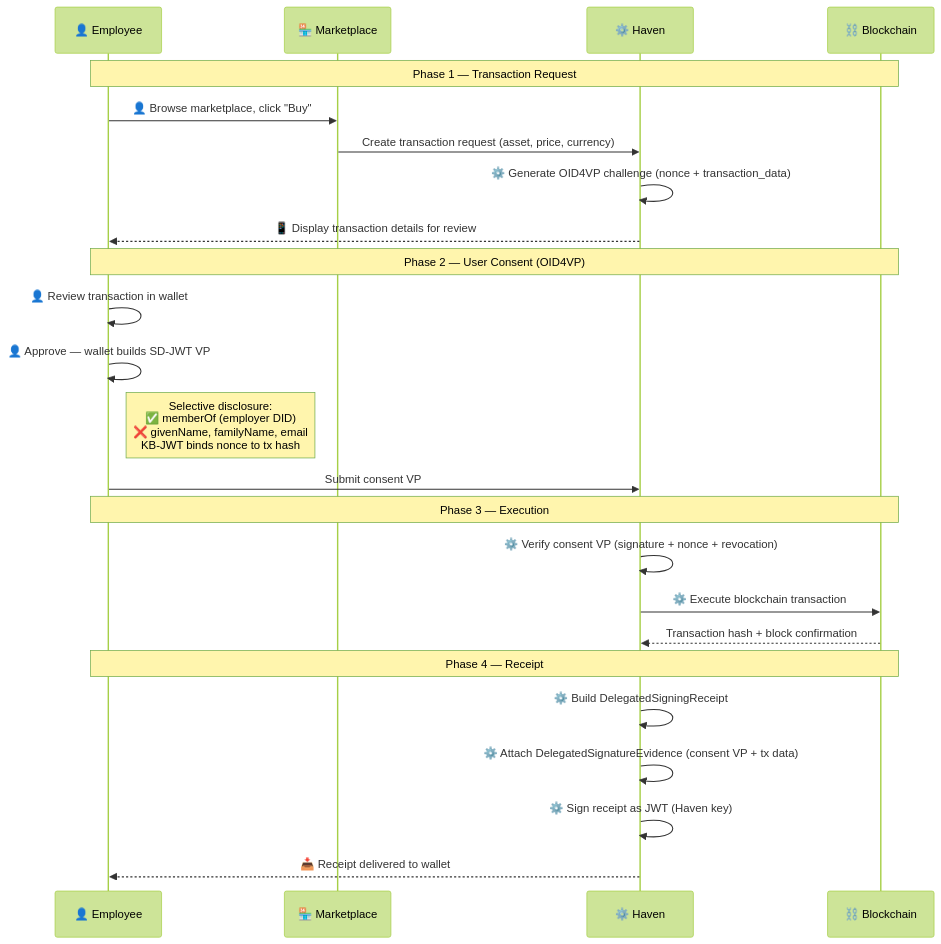
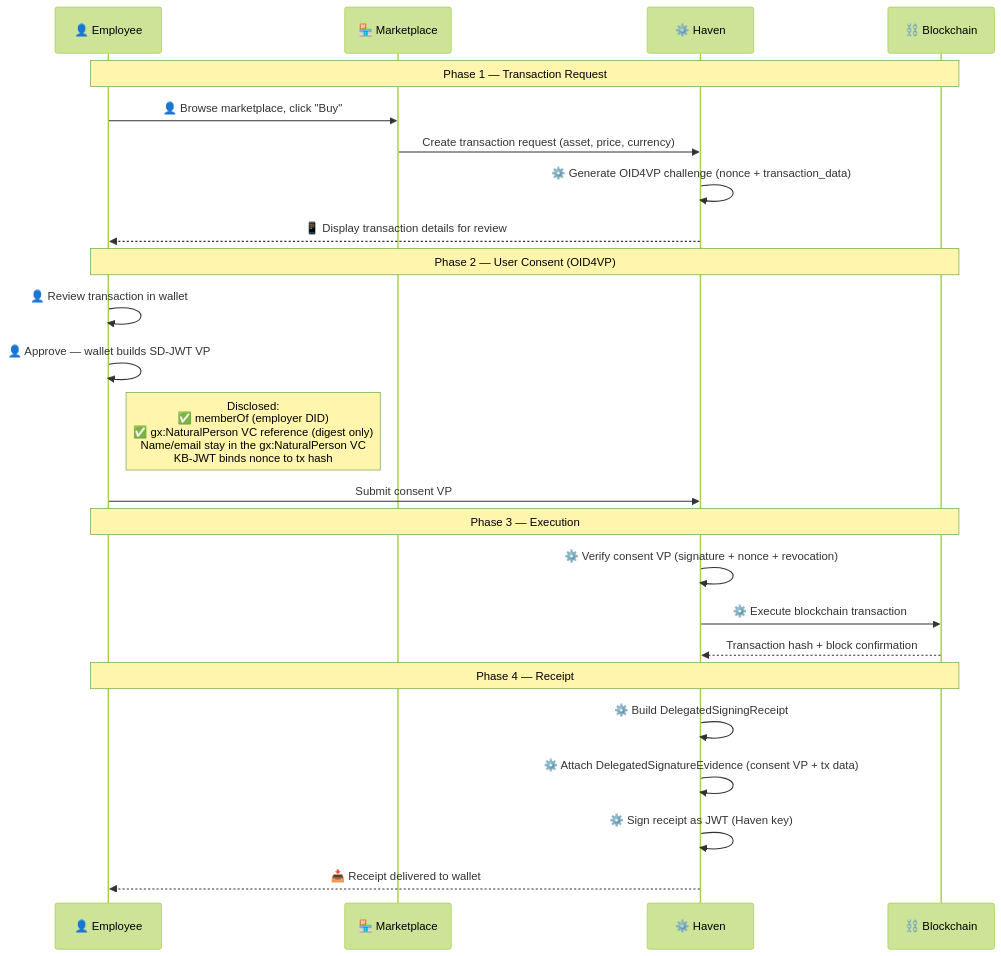
Before and after one commit to reachhaven/harbour-credentials: the third of 4 diagrams in docs/guide/credential-lifecycle.md, drawn with Mermaid (forest theme). The commit also changed 41 other files, not shown here.

````diff
--- a/docs/guide/credential-lifecycle.md
+++ b/docs/guide/credential-lifecycle.md
@@ -144,30 +144,30 @@
 ```mermaid
 sequenceDiagram
     participant E as 👤 Employee
     participant M as 🏪 Marketplace
     participant H as ⚙️ Haven
     participant BC as ⛓️ Blockchain
 
     Note over E,BC: Phase 1 — Transaction Request
     E->>M: 👤 Browse marketplace, click "Buy"
     M->>H: Create transaction request (asset, price, currency)
     H->>H: ⚙️ Generate OID4VP challenge (nonce + transaction_data)
     H-->>E: 📱 Display transaction details for review
 
     Note over E,BC: Phase 2 — User Consent (OID4VP)
     E->>E: 👤 Review transaction in wallet
     E->>E: 👤 Approve — wallet builds SD-JWT VP
-    Note right of E: Selective disclosure:<br/>✅ memberOf (employer DID)<br/>❌ givenName, familyName, email<br/>KB-JWT binds nonce to tx hash
+    Note right of E: Disclosed:<br/>✅ memberOf (employer DID)<br/>✅ gx:NaturalPerson VC reference (digest only)<br/>Name/email stay in the gx:NaturalPerson VC<br/>KB-JWT binds nonce to tx hash
     E->>H: Submit consent VP
 
     Note over E,BC: Phase 3 — Execution
     H->>H: ⚙️ Verify consent VP (signature + nonce + revocation)
     H->>BC: ⚙️ Execute blockchain transaction
     BC-->>H: Transaction hash + block confirmation
 
     Note over E,BC: Phase 4 — Receipt
     H->>H: ⚙️ Build DelegatedSigningReceipt
     H->>H: ⚙️ Attach DelegatedSignatureEvidence (consent VP + tx data)
     H->>H: ⚙️ Sign receipt as JWT (Haven key)
     H-->>E: 📥 Receipt delivered to wallet
 ```
````
